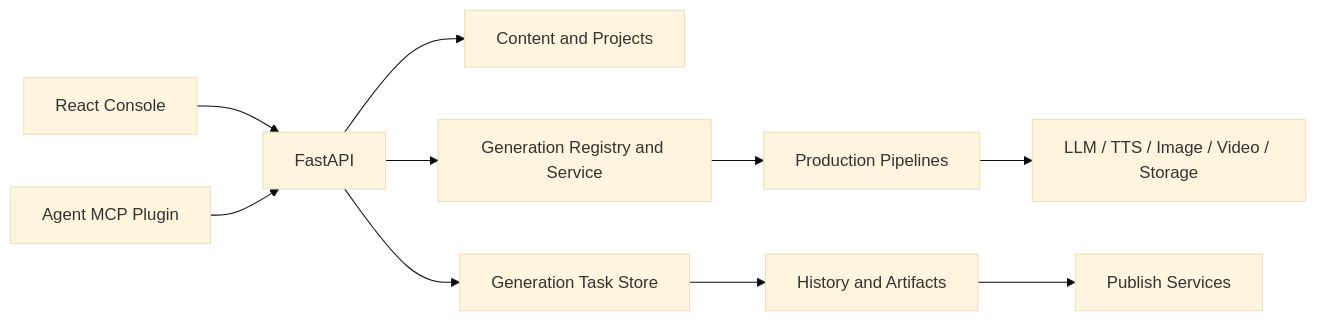
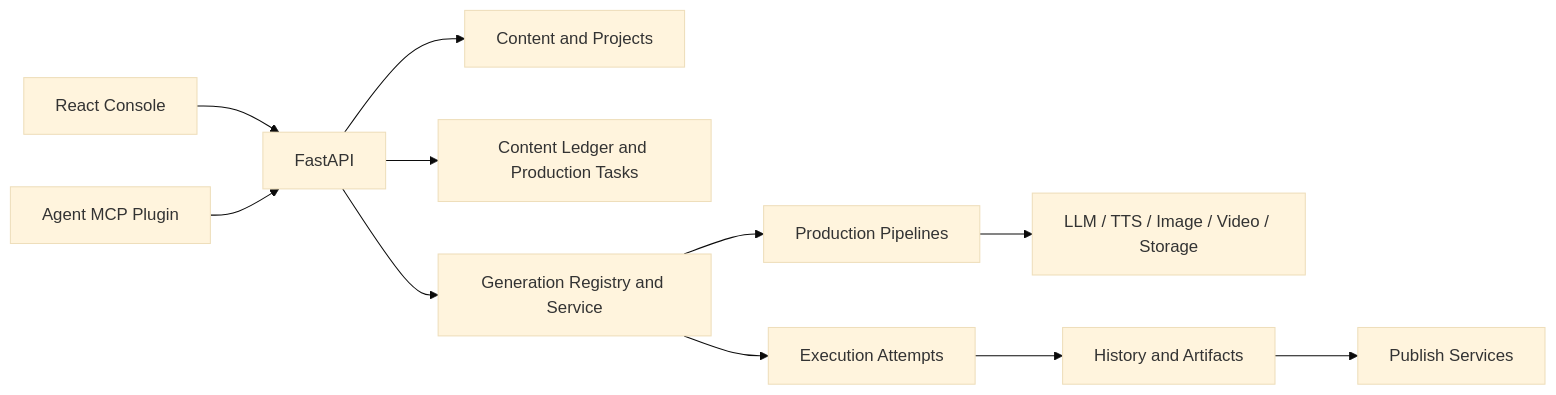
One commit to zhihao93li/Pixelle-Video-plus changed the diagram in docs/en/product/current-product.md. Above: the diagram before and after it, drawn with Mermaid (base theme). The commit also changed other lines of this file and 310 other files, not shown here.

````diff
--- a/docs/en/product/current-product.md
+++ b/docs/en/product/current-product.md
@@ -29,12 +30,13 @@
 ```mermaid
 flowchart LR
     UI[React Console] --> API[FastAPI]
     Agent[Agent MCP Plugin] --> API
     API --> Content[Content and Projects]
+    API --> Ledger[Content Ledger and Production Tasks]
     API --> Generation[Generation Registry and Service]
-    API --> Tasks[Generation Task Store]
     Generation --> Pipelines[Production Pipelines]
     Pipelines --> Services[LLM / TTS / Image / Video / Storage]
-    Tasks --> History[History and Artifacts]
+    Generation --> Attempts[Execution Attempts]
+    Attempts --> History[History and Artifacts]
     History --> Publish[Publish Services]
 ```
````
